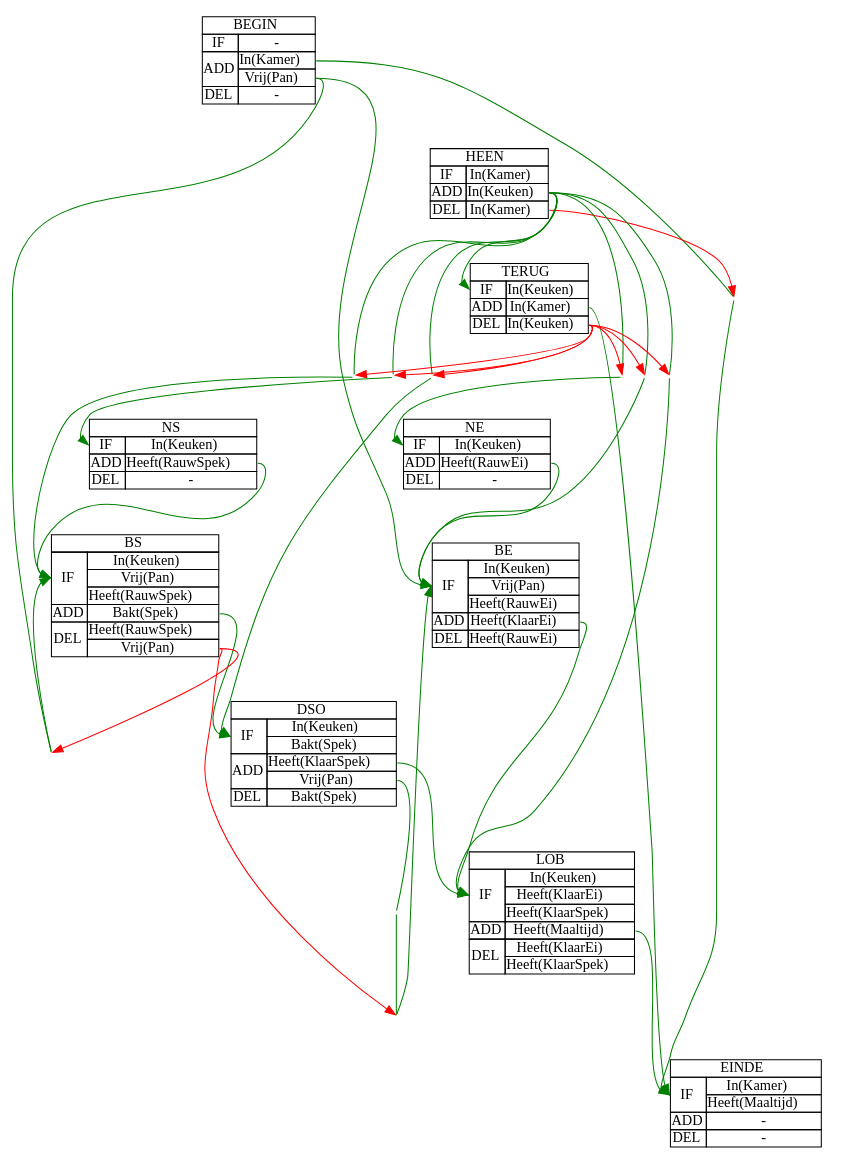
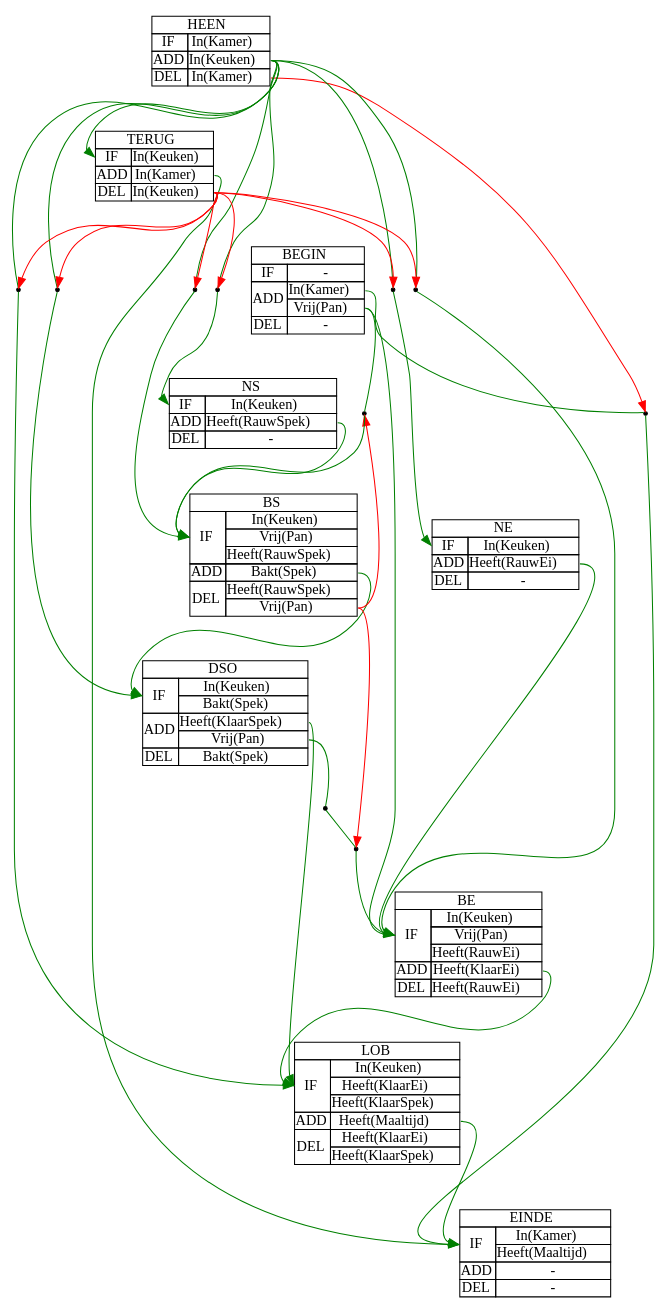
The diagram in resources/graphs/strips_1.dot (NorfairKing/ai_alternative-exam), drawn with Graphviz before and after one commit. The commit also changed 2 other files, not shown here.

```diff
--- a/resources/graphs/strips_1.dot
+++ b/resources/graphs/strips_1.dot
@@ -1,7 +1,6 @@
 digraph structs {
 
-splines = spline
-splines = true
+//splines = ortho
 
 node [shape=plaintext];
 i [
@@ -239,7 +238,7 @@
 </table>>]; 
 
 
-node [style = invis, shape = point];
+node [/*style = invis,*/ shape = point];
 bet_i_f;    
 bet_i_be;  
 bet_h_ns; 
@@ -302,14 +301,14 @@
 t:del_1:e   -> bet_h_dso; 
 t:del_1:e   -> bet_h_lob; 
 
-{rank=source; "i"}
+/*{rank=source; "i"}
 {rank=same; "h"}
 {rank=same; "ns" "ne"}
 {rank=same; "bs" "be"}
 {rank=same; "dso"}
 {rank=same; "lob"}
 {rank=same; "t"}
-{rank=sink; "f"}
+{rank=sink; "f"}*/
 
 
 
```
